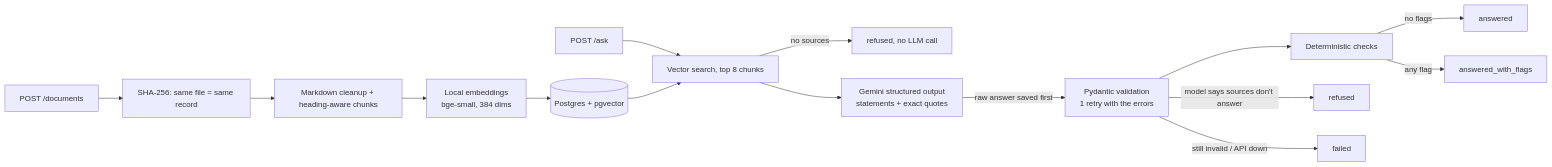
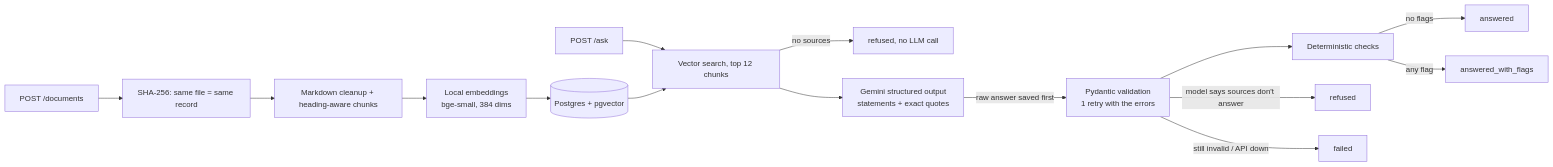
Before and after one commit to viditrailko-del/docs-qa-assistant: the diagram in README.md, drawn with Mermaid. The commit also changed other lines of this file and 12 other files, not shown here.

````diff
--- a/README.md
+++ b/README.md
@@ -23,18 +23,18 @@
 ```mermaid
 flowchart LR
     D[POST /documents] --> H[SHA-256: same file = same record]
     H --> C[Markdown cleanup + heading-aware chunks]
     C --> E[Local embeddings<br/>bge-small, 384 dims]
     E --> PG[(Postgres + pgvector)]
 
-    Q[POST /ask] --> R[Vector search, top 8 chunks]
+    Q[POST /ask] --> R[Vector search, top 12 chunks]
     PG --> R
     R -->|no sources| X[refused, no LLM call]
     R --> L[Gemini structured output<br/>statements + exact quotes]
     L -->|raw answer saved first| V[Pydantic validation<br/>1 retry with the errors]
     V --> K[Deterministic checks]
     K -->|no flags| A[answered]
     K -->|any flag| F[answered_with_flags]
     V -->|model says sources don't answer| RF[refused]
     V -->|still invalid / API down| FL[failed]
 ```
````
